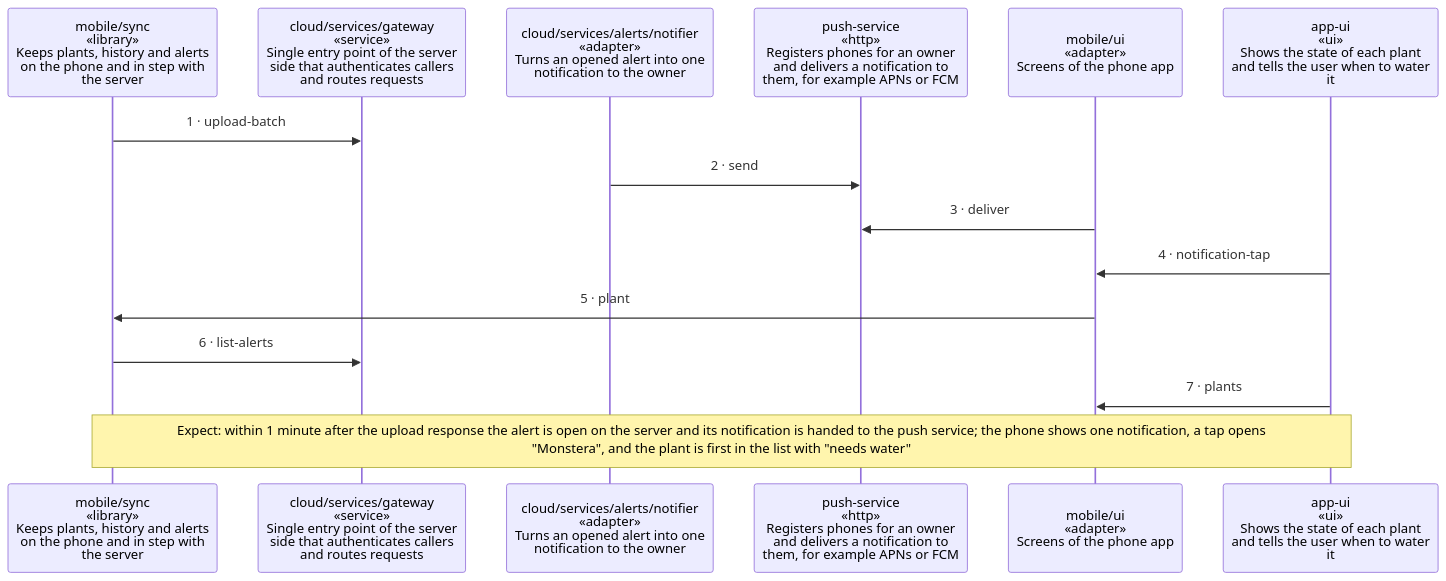
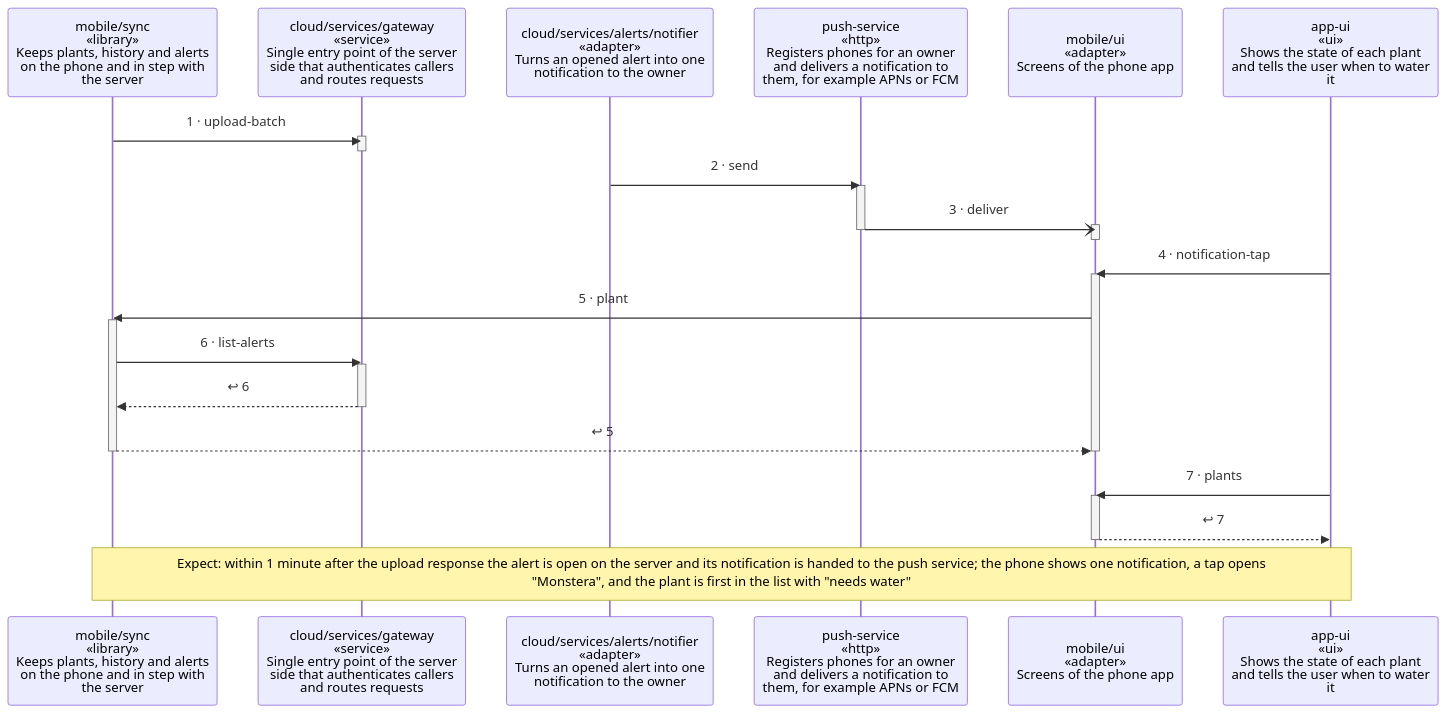
The diagram in examples/plantwatch/docs/diagrams/scenario-upload-and-alert.md (wackazong/unifold), drawn with Mermaid before and after one commit. The commit also changed other lines of this file and 25 other files, not shown here.

````diff
--- a/examples/plantwatch/docs/diagrams/scenario-upload-and-alert.md
+++ b/examples/plantwatch/docs/diagrams/scenario-upload-and-alert.md
@@ -12,22 +12,39 @@
 ```mermaid
 ---
 config:
   sequence:
     height: 108
 ---
 sequenceDiagram
   participant pmobile__sync as mobile/sync<br/>«library»<br/>Keeps plants, history and alerts<br/>on the phone and in step with<br/>the server
   participant pcloud__services__gateway as cloud/services/gateway<br/>«service»<br/>Single entry point of the server<br/>side that authenticates callers<br/>and routes requests
   participant pcloud__services__alerts__notifier as cloud/services/alerts/notifier<br/>«adapter»<br/>Turns an opened alert into one<br/>notification to the owner
   participant ppush_dservice as push-service<br/>«http»<br/>Registers phones for an owner<br/>and delivers a notification to<br/>them, for example APNs or FCM
   participant pmobile__ui as mobile/ui<br/>«adapter»<br/>Screens of the phone app
   participant papp_dui as app-ui<br/>«ui»<br/>Shows the state of each plant<br/>and tells the user when to water<br/>it
   pmobile__sync->>pcloud__services__gateway: 1 · upload-batch
+  activate pcloud__services__gateway
+  deactivate pcloud__services__gateway
   pcloud__services__alerts__notifier->>ppush_dservice: 2 · send
-  pmobile__ui->>ppush_dservice: 3 · deliver
+  activate ppush_dservice
+  ppush_dservice-)pmobile__ui: 3 · deliver
+  activate pmobile__ui
+  deactivate pmobile__ui
+  deactivate ppush_dservice
   papp_dui->>pmobile__ui: 4 · notification-tap
+  activate pmobile__ui
   pmobile__ui->>pmobile__sync: 5 · plant
+  activate pmobile__sync
   pmobile__sync->>pcloud__services__gateway: 6 · list-alerts
+  activate pcloud__services__gateway
+  pcloud__services__gateway-->>pmobile__sync: ↩ 6
+  deactivate pcloud__services__gateway
+  pmobile__sync-->>pmobile__ui: ↩ 5
+  deactivate pmobile__sync
+  deactivate pmobile__ui
   papp_dui->>pmobile__ui: 7 · plants
+  activate pmobile__ui
+  pmobile__ui-->>papp_dui: ↩ 7
+  deactivate pmobile__ui
   Note over pmobile__sync,papp_dui: wrap: Expect: within 1 minute after the upload response the alert is open on the server and its notification is handed to the push service#59; the phone shows one notification, a tap opens #quot;Monstera#quot;, and the plant is first in the list with #quot;needs water#quot;
 ```
````
